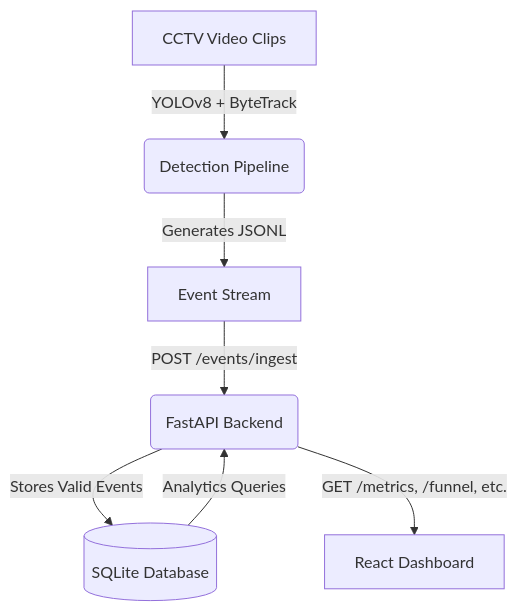
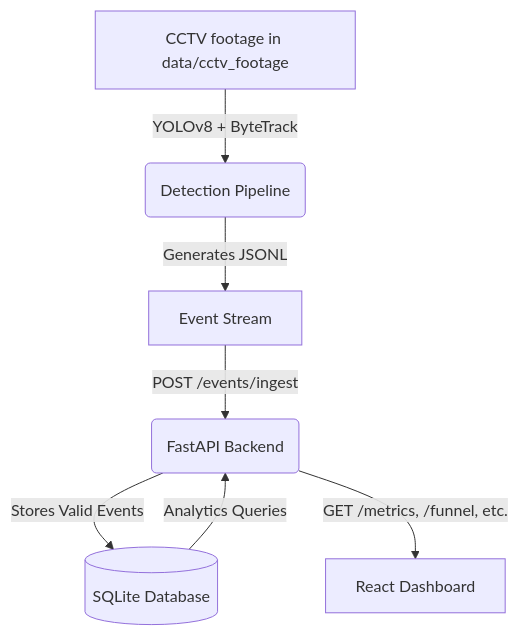
Before and after one commit to iamalok123/store-intelligence: the diagram in docs/DESIGN.md, drawn with Mermaid. The commit also changed other lines of this file and 36 other files, not shown here.

Commit message:
add the cctv clips , update the pipeline and fix the bugs

````diff
--- a/docs/DESIGN.md
+++ b/docs/DESIGN.md
@@ -13,9 +13,9 @@
 ```mermaid
 graph TD
-    A[CCTV Video Clips] -->|YOLOv8 + ByteTrack| B(Detection Pipeline)
+    A[CCTV footage in data/cctv_footage] -->|YOLOv8 + ByteTrack| B(Detection Pipeline)
     B -->|Generates JSONL| C[Event Stream]
     C -->|POST /events/ingest| D(FastAPI Backend)
     D -->|Stores Valid Events| E[(SQLite Database)]
     E -->|Analytics Queries| D
     D -->|GET /metrics, /funnel, etc.| F[React Dashboard]
 ```
````
